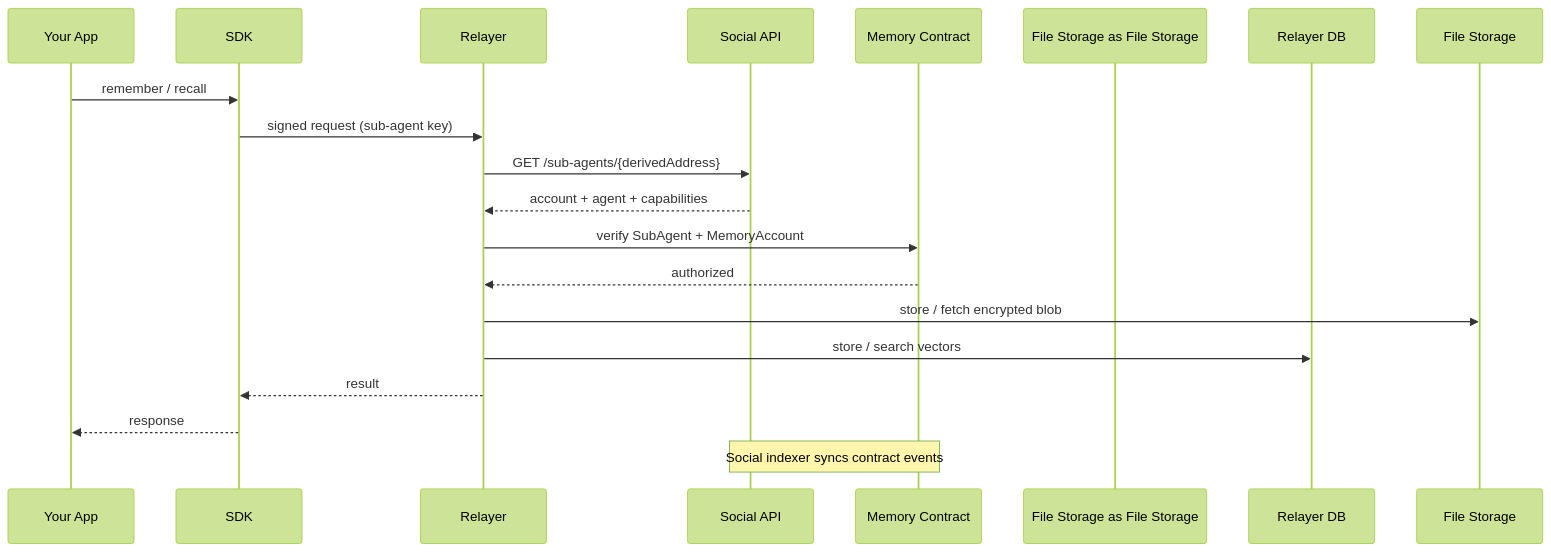
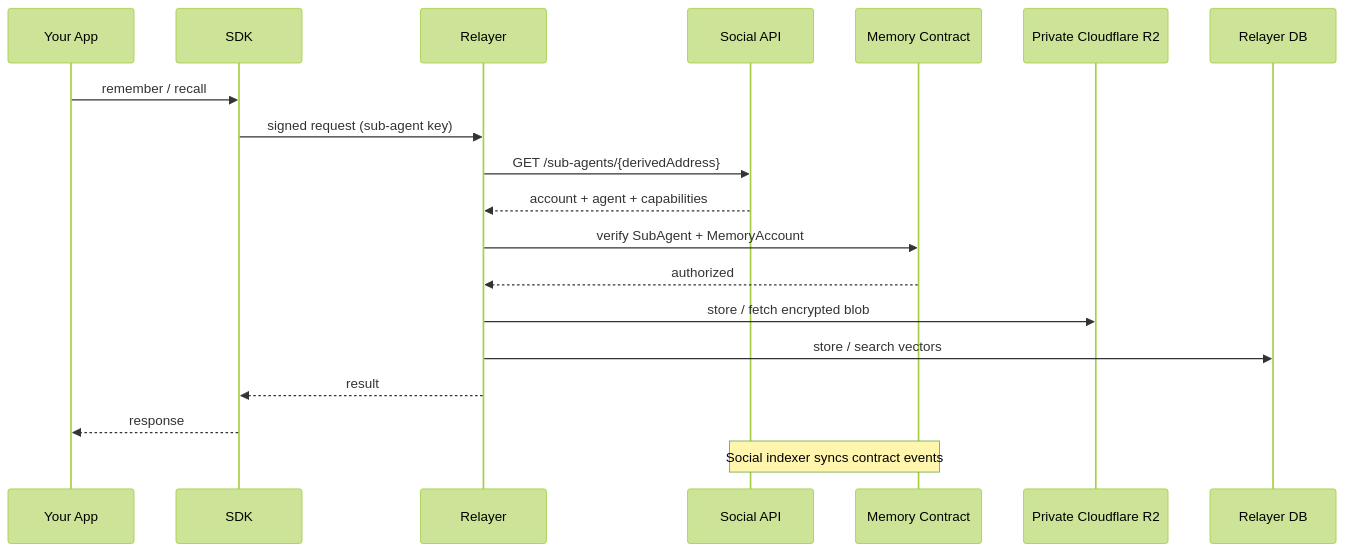
One commit to The-Social-Proof-Foundation/myso-memory changed the diagram in docs/fundamentals/architecture/core-components.md. Above: the diagram before and after it, drawn with Mermaid (forest theme). The commit also changed other lines of this file and 272 other files, not shown here.

Commit message:
MAJOR upgrade adding the remaining gaps to the mcp server and other needed functions for agents flow

````diff
--- a/docs/fundamentals/architecture/core-components.md
+++ b/docs/fundamentals/architecture/core-components.md
@@ -8,23 +8,23 @@
 ```mermaid
 sequenceDiagram
     participant App as Your App
     participant SDK as SDK
     participant Relayer as Relayer
     participant Social as Social API
     participant Contract as Memory Contract
-    participant File Storage as File Storage
+    participant R2 as Private Cloudflare R2
     participant DB as Relayer DB
 
     App->>SDK: remember / recall
     SDK->>Relayer: signed request (sub-agent key)
     Relayer->>Social: GET /sub-agents/{derivedAddress}
     Social-->>Relayer: account + agent + capabilities
     Relayer->>Contract: verify SubAgent + MemoryAccount
     Contract-->>Relayer: authorized
-    Relayer->>File Storage: store / fetch encrypted blob
+    Relayer->>R2: store / fetch encrypted blob
     Relayer->>DB: store / search vectors
     Relayer-->>SDK: result
     SDK-->>App: response
 
     Note over Social,Contract: Social indexer syncs contract events
 ```
````
